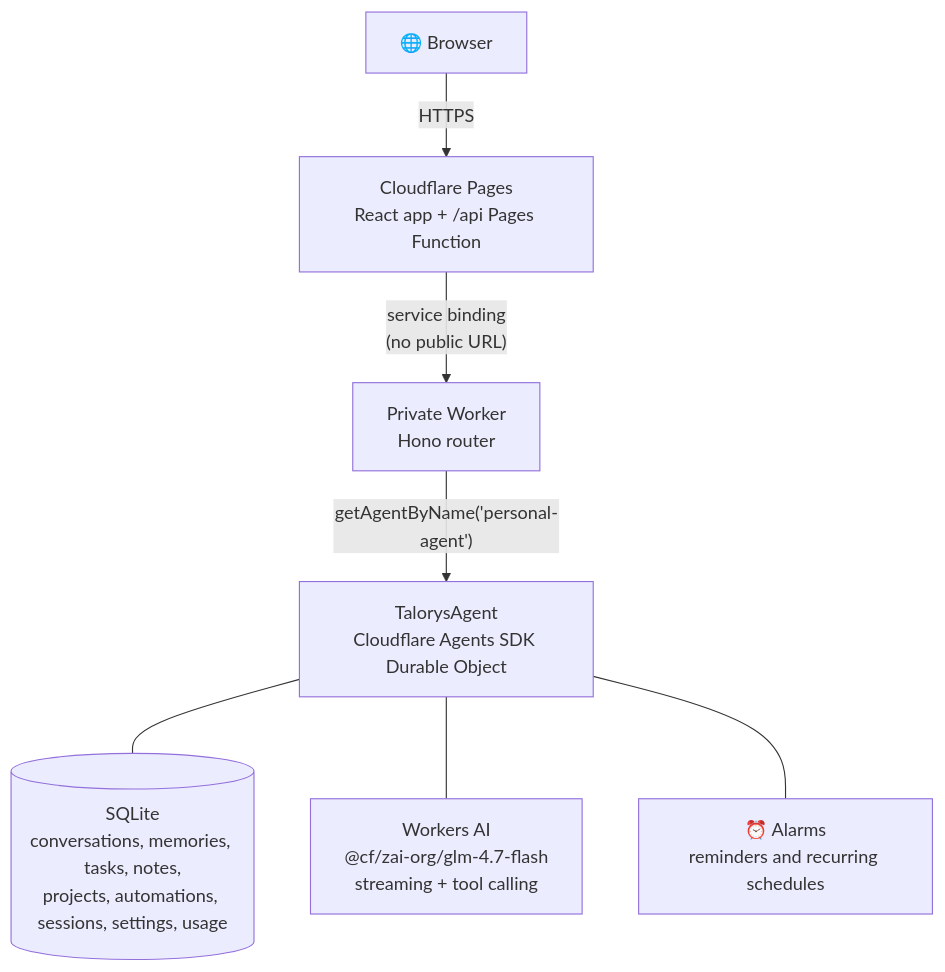
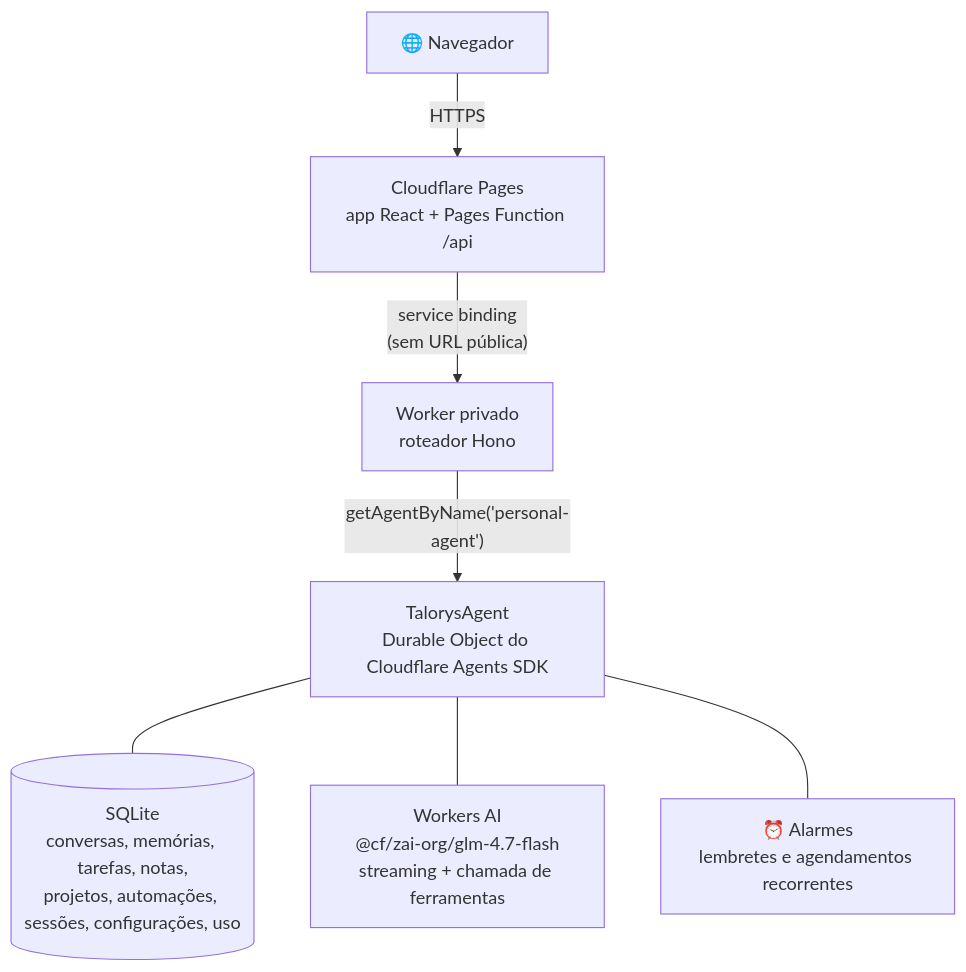
The diagram in README.md (pablopfg/talorys), drawn with Mermaid before and after one commit. The commit also changed other lines of this file, not shown here.

````diff
--- a/README.md
+++ b/README.md
@@ -127,9 +127,9 @@
 ```mermaid
 flowchart TD
-    B["🌐 Browser"] -- HTTPS --> P["Cloudflare Pages<br/>React app + /api Pages Function"]
-    P -- "service binding<br/>(no public URL)" --> W["Private Worker<br/>Hono router"]
-    W -- "getAgentByName('personal-agent')" --> A["TalorysAgent<br/>Cloudflare Agents SDK Durable Object"]
-    A --- S[("SQLite<br/>conversations, memories, tasks, notes,<br/>projects, automations, sessions, settings, usage")]
-    A --- AI["Workers AI<br/>@cf/zai-org/glm-4.7-flash<br/>streaming + tool calling"]
-    A --- AL["⏰ Alarms<br/>reminders and recurring schedules"]
+    B["🌐 Navegador"] -- HTTPS --> P["Cloudflare Pages<br/>app React + Pages Function /api"]
+    P -- "service binding<br/>(sem URL pública)" --> W["Worker privado<br/>roteador Hono"]
+    W -- "getAgentByName('personal-agent')" --> A["TalorysAgent<br/>Durable Object do Cloudflare Agents SDK"]
+    A --- S[("SQLite<br/>conversas, memórias, tarefas, notas,<br/>projetos, automações, sessões, configurações, uso")]
+    A --- AI["Workers AI<br/>@cf/zai-org/glm-4.7-flash<br/>streaming + chamada de ferramentas"]
+    A --- AL["⏰ Alarmes<br/>lembretes e agendamentos recorrentes"]
 ```
````
